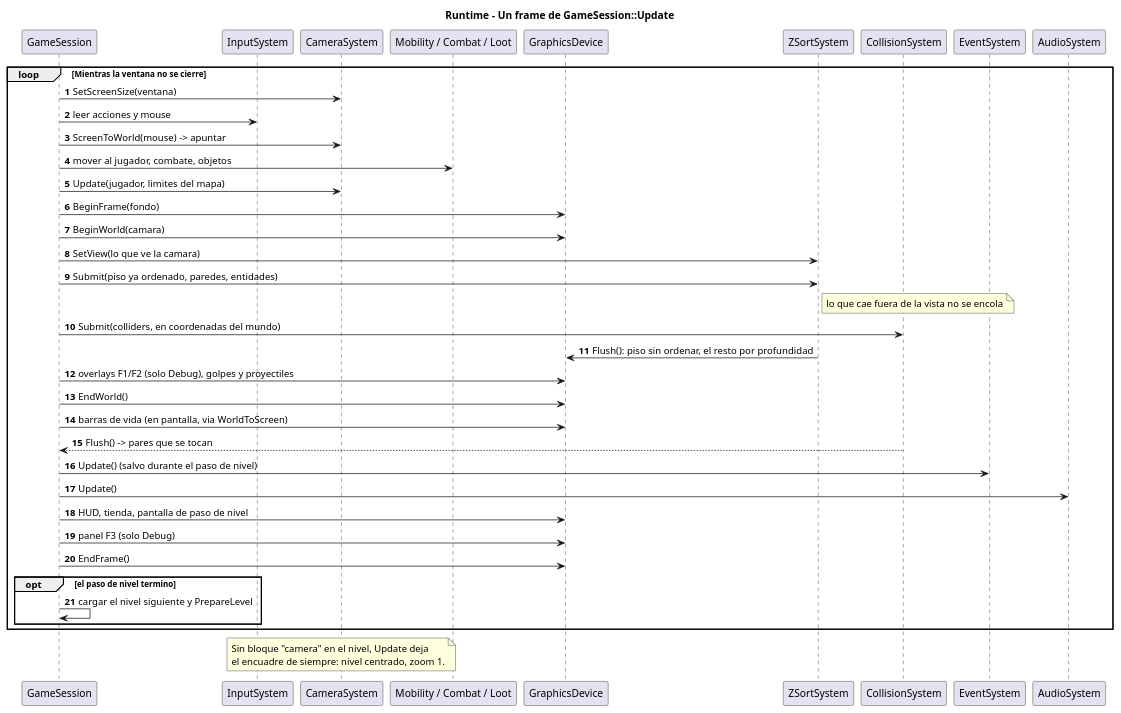
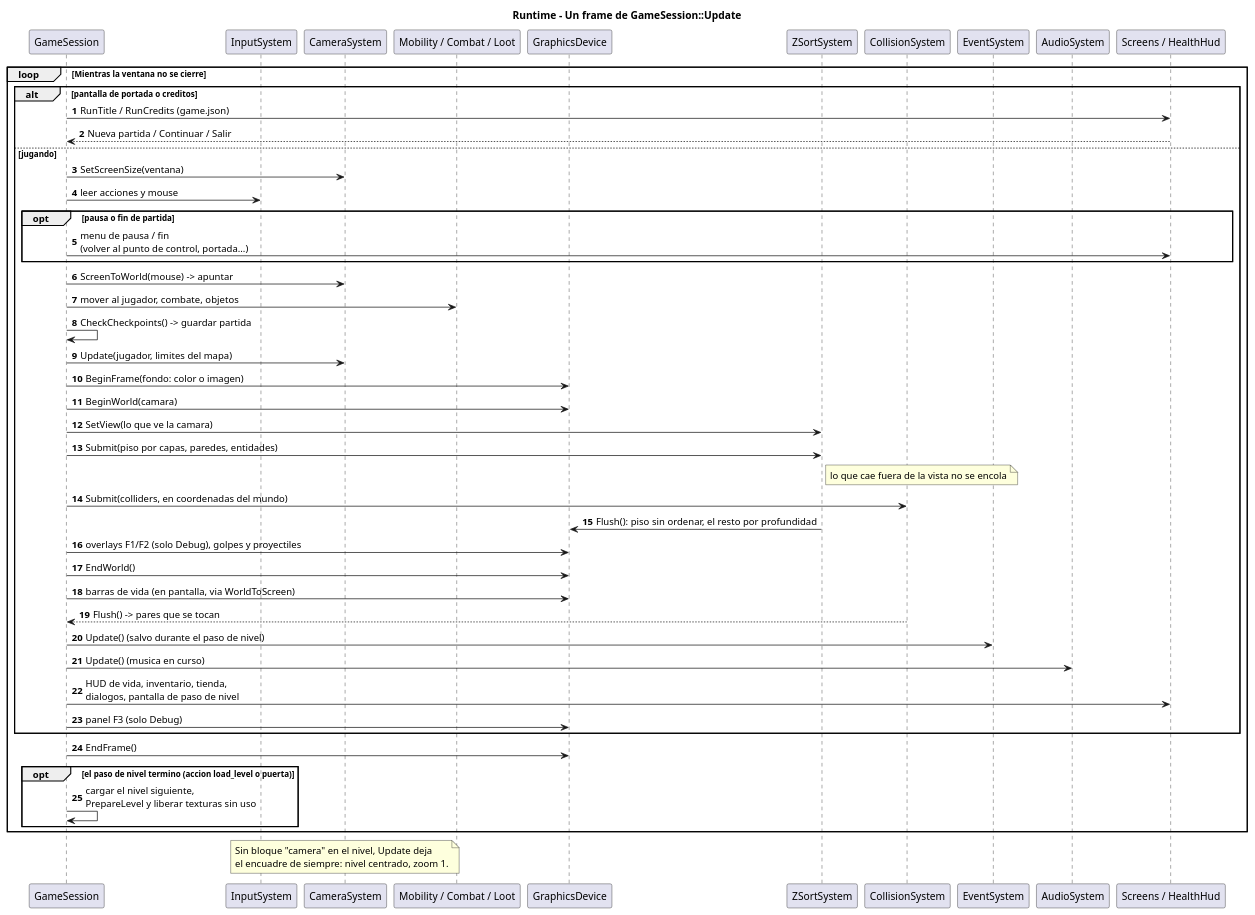
Before and after one commit to dannn-36/HoneyCombEngine-PlataformaNoCode-2.5D: the diagram in docs/architecture/runtime-game-loop.puml, drawn with PlantUML. The commit also changed 11 other files, not shown here.

First line of the commit message:
HoneyComb - Actualizar diagramas de arquitectura

```diff
--- a/docs/architecture/runtime-game-loop.puml
+++ b/docs/architecture/runtime-game-loop.puml
@@ -1,46 +1,56 @@
 @startuml runtime-game-loop
 title Runtime - Un frame de GameSession::Update
 autonumber
 
 participant "GameSession" as session
 participant "InputSystem" as input
 participant "CameraSystem" as camera
 participant "Mobility / Combat / Loot" as rules
 participant "GraphicsDevice" as graphics
 participant "ZSortSystem" as zsort
 participant "CollisionSystem" as collision
 participant "EventSystem" as events
 participant "AudioSystem" as audio
+participant "Screens / HealthHud" as screens
 
 loop Mientras la ventana no se cierre
-  session -> camera : SetScreenSize(ventana)
-  session -> input : leer acciones y mouse
-  session -> camera : ScreenToWorld(mouse) -> apuntar
-  session -> rules : mover al jugador, combate, objetos
-  session -> camera : Update(jugador, limites del mapa)
-  session -> graphics : BeginFrame(fondo)
-  session -> graphics : BeginWorld(camara)
-  session -> zsort : SetView(lo que ve la camara)
-  session -> zsort : Submit(piso ya ordenado, paredes, entidades)
-  note right of zsort : lo que cae fuera de la vista no se encola
-  session -> collision : Submit(colliders, en coordenadas del mundo)
-  zsort -> graphics : Flush(): piso sin ordenar, el resto por profundidad
-  session -> graphics : overlays F1/F2 (solo Debug), golpes y proyectiles
-  session -> graphics : EndWorld()
-  session -> graphics : barras de vida (en pantalla, via WorldToScreen)
-  collision --> session : Flush() -> pares que se tocan
-  session -> events : Update() (salvo durante el paso de nivel)
-  session -> audio : Update()
-  session -> graphics : HUD, tienda, pantalla de paso de nivel
-  session -> graphics : panel F3 (solo Debug)
+  alt pantalla de portada o creditos
+    session -> screens : RunTitle / RunCredits (game.json)
+    screens --> session : Nueva partida / Continuar / Salir
+  else jugando
+    session -> camera : SetScreenSize(ventana)
+    session -> input : leer acciones y mouse
+    opt pausa o fin de partida
+      session -> screens : menu de pausa / fin\n(volver al punto de control, portada...)
+    end
+    session -> camera : ScreenToWorld(mouse) -> apuntar
+    session -> rules : mover al jugador, combate, objetos
+    session -> session : CheckCheckpoints() -> guardar partida
+    session -> camera : Update(jugador, limites del mapa)
+    session -> graphics : BeginFrame(fondo: color o imagen)
+    session -> graphics : BeginWorld(camara)
+    session -> zsort : SetView(lo que ve la camara)
+    session -> zsort : Submit(piso por capas, paredes, entidades)
+    note right of zsort : lo que cae fuera de la vista no se encola
+    session -> collision : Submit(colliders, en coordenadas del mundo)
+    zsort -> graphics : Flush(): piso sin ordenar, el resto por profundidad
+    session -> graphics : overlays F1/F2 (solo Debug), golpes y proyectiles
+    session -> graphics : EndWorld()
+    session -> graphics : barras de vida (en pantalla, via WorldToScreen)
+    collision --> session : Flush() -> pares que se tocan
+    session -> events : Update() (salvo durante el paso de nivel)
+    session -> audio : Update() (musica en curso)
+    session -> screens : HUD de vida, inventario, tienda,\ndialogos, pantalla de paso de nivel
+    session -> graphics : panel F3 (solo Debug)
+  end
   session -> graphics : EndFrame()
-  opt el paso de nivel termino
-    session -> session : cargar el nivel siguiente y PrepareLevel
+  opt el paso de nivel termino (accion load_level o puerta)
+    session -> session : cargar el nivel siguiente,\nPrepareLevel y liberar texturas sin uso
   end
 end
 
 note over camera
 Sin bloque "camera" en el nivel, Update deja
 el encuadre de siempre: nivel centrado, zoom 1.
 end note
 @enduml
```
